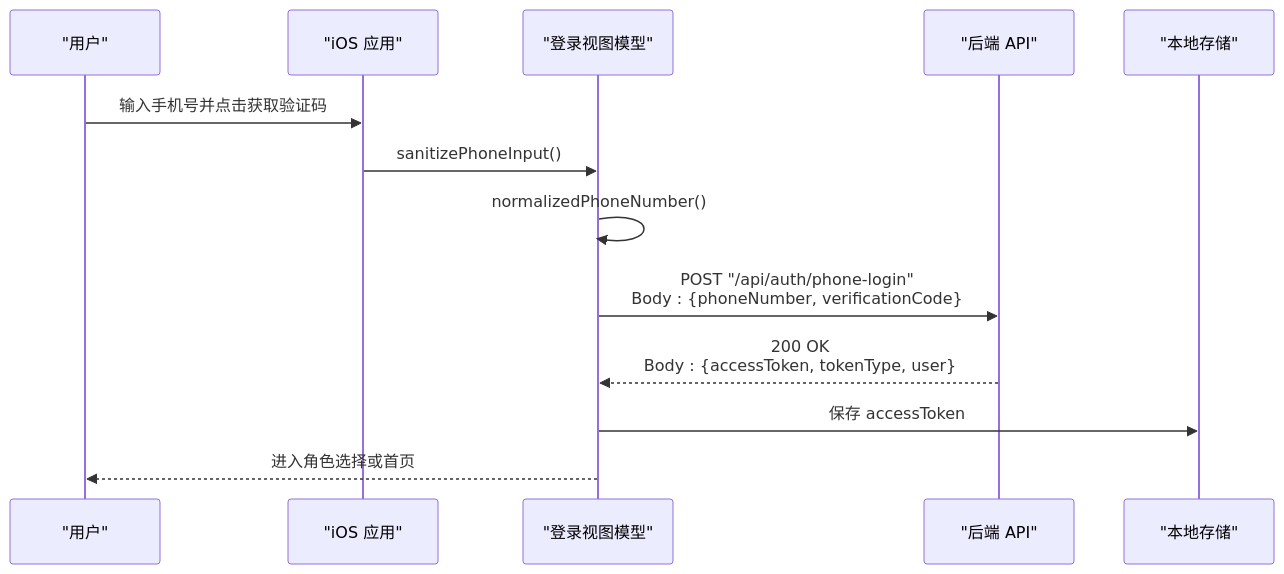
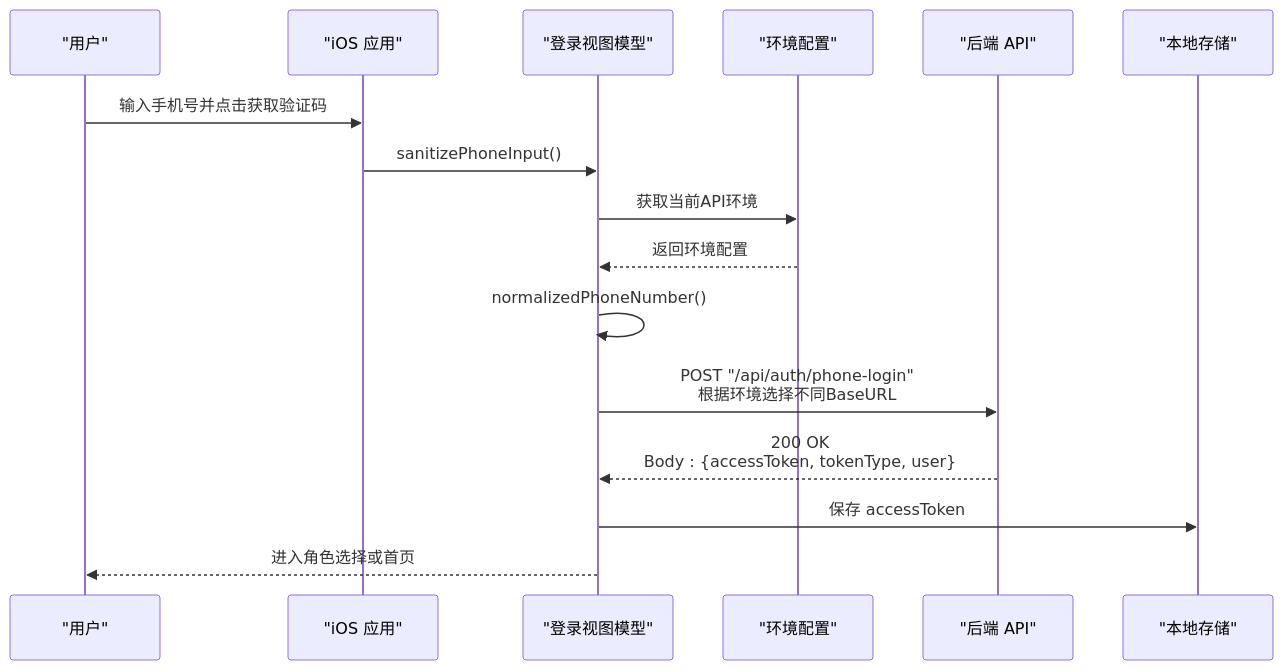
The second of 15 diagrams in .qoder/repowiki/zh/content/核心功能模块/认证系统.md (Jayden23018/blind-run-ios), drawn with Mermaid before and after one commit. The commit also changed other lines of this file and 14 other files, not shown here.

Commit message:
Improve blind runner booking map and speech input flows

````diff
--- a/.qoder/repowiki/zh/content/核心功能模块/认证系统.md
+++ b/.qoder/repowiki/zh/content/核心功能模块/认证系统.md
@@ -170,15 +196,18 @@
 ```mermaid
 sequenceDiagram
 participant U as "用户"
 participant IOS as "iOS 应用"
 participant VM as "登录视图模型"
+participant ENV as "环境配置"
 participant API as "后端 API"
 participant Store as "本地存储"
 U->>IOS : 输入手机号并点击获取验证码
 IOS->>VM : sanitizePhoneInput()
+VM->>ENV : 获取当前API环境
+ENV-->>VM : 返回环境配置
 VM->>VM : normalizedPhoneNumber()
-VM->>API : POST "/api/auth/phone-login"<br/>Body : {phoneNumber, verificationCode}
+VM->>API : POST "/api/auth/phone-login"<br/>根据环境选择不同BaseURL
 API-->>VM : 200 OK<br/>Body : {accessToken, tokenType, user}
 VM->>Store : 保存 accessToken
 VM-->>U : 进入角色选择或首页
 ```
````
